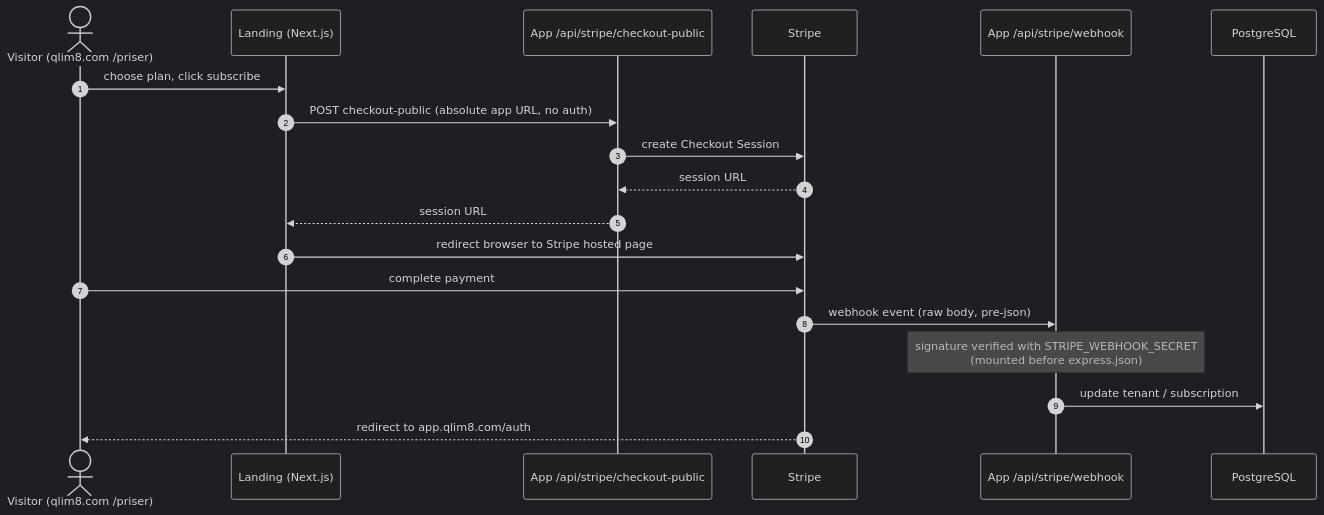
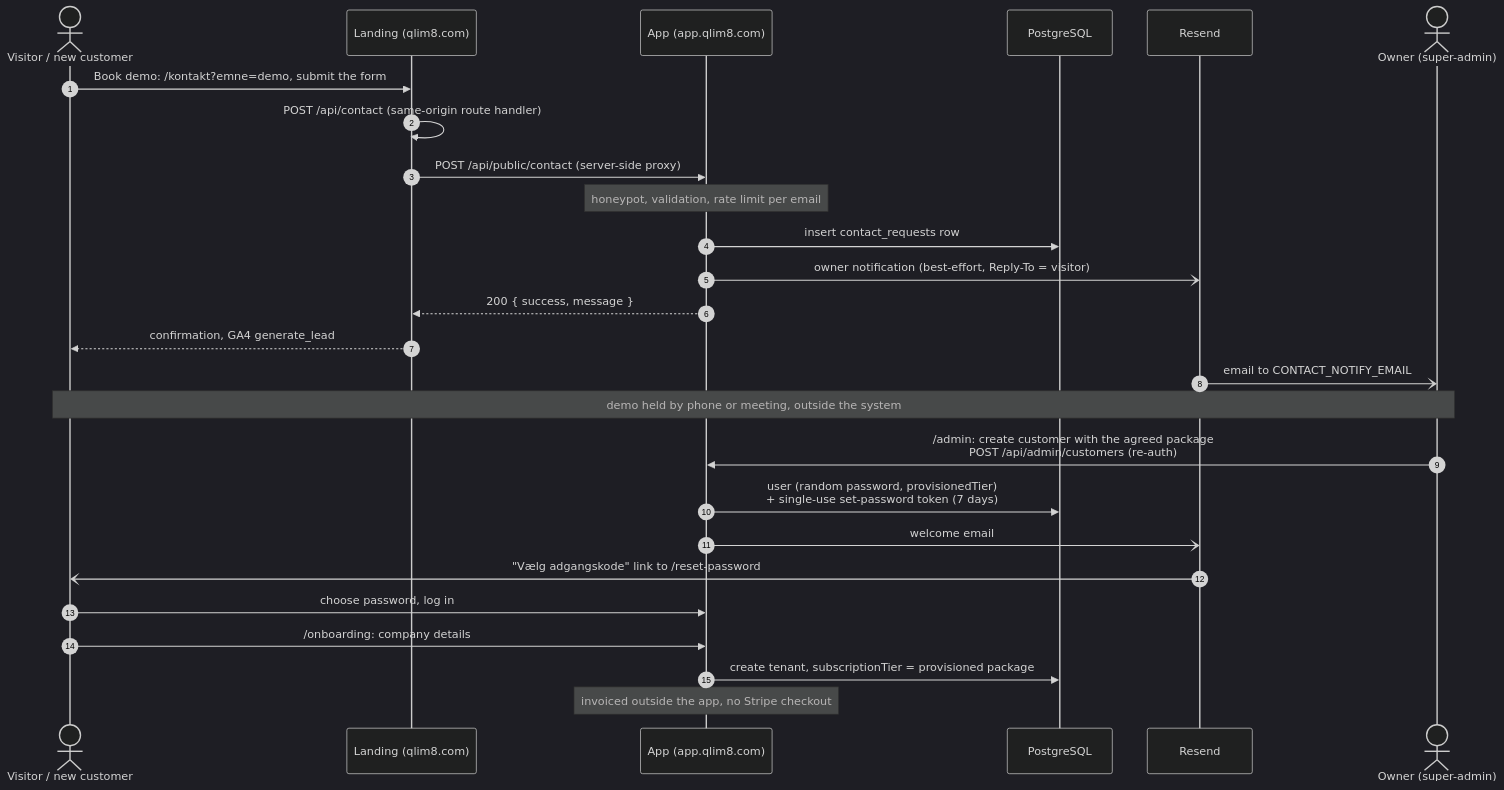
Before and after one commit to madsdlund-nielsen/qlim8-landing: the tenth of 12 diagrams in docs/da/architecture/system-architecture.md, drawn with Mermaid (dark theme). The commit also changed other lines of this file and 66 other files, not shown here.

First line of the commit message:
Sell qlim8 after a demo: no signup, no checkout, no package prices

````diff
--- a/docs/da/architecture/system-architecture.md
+++ b/docs/da/architecture/system-architecture.md
@@ -602,22 +629,29 @@
 ```mermaid
 sequenceDiagram
   autonumber
-  actor V as Visitor (qlim8.com /priser)
-  participant L as Landing (Next.js)
-  participant A as App /api/stripe/checkout-public
-  participant S as Stripe
-  participant WH as App /api/stripe/webhook
+  actor V as Visitor / new customer
+  participant L as Landing (qlim8.com)
+  participant A as App (app.qlim8.com)
   participant DB as PostgreSQL
+  participant R as Resend
+  actor O as Owner (super-admin)
 
-  V->>L: choose plan, click subscribe
-  L->>A: POST checkout-public (absolute app URL, no auth)
-  A->>S: create Checkout Session
-  S-->>A: session URL
-  A-->>L: session URL
-  L->>S: redirect browser to Stripe hosted page
-  V->>S: complete payment
-  S->>WH: webhook event (raw body, pre-json)
-  Note over WH: signature verified with STRIPE_WEBHOOK_SECRET<br/>(mounted before express.json)
-  WH->>DB: update tenant / subscription
-  S-->>V: redirect to app.qlim8.com/auth
+  V->>L: Book demo: /kontakt?emne=demo, submit the form
+  L->>L: POST /api/contact (same-origin route handler)
+  L->>A: POST /api/public/contact (server-side proxy)
+  Note over A: honeypot, validation, rate limit per email
+  A->>DB: insert contact_requests row
+  A-)R: owner notification (best-effort, Reply-To = visitor)
+  A-->>L: 200 { success, message }
+  L-->>V: confirmation, GA4 generate_lead
+  R-)O: email to CONTACT_NOTIFY_EMAIL
+  Note over V,O: demo held by phone or meeting, outside the system
+  O->>A: /admin: create customer with the agreed package<br/>POST /api/admin/customers (re-auth)
+  A->>DB: user (random password, provisionedTier)<br/>+ single-use set-password token (7 days)
+  A-)R: welcome email
+  R-)V: "Vælg adgangskode" link to /reset-password
+  V->>A: choose password, log in
+  V->>A: /onboarding: company details
+  A->>DB: create tenant, subscriptionTier = provisioned package
+  Note over A: invoiced outside the app, no Stripe checkout
 ```
````
